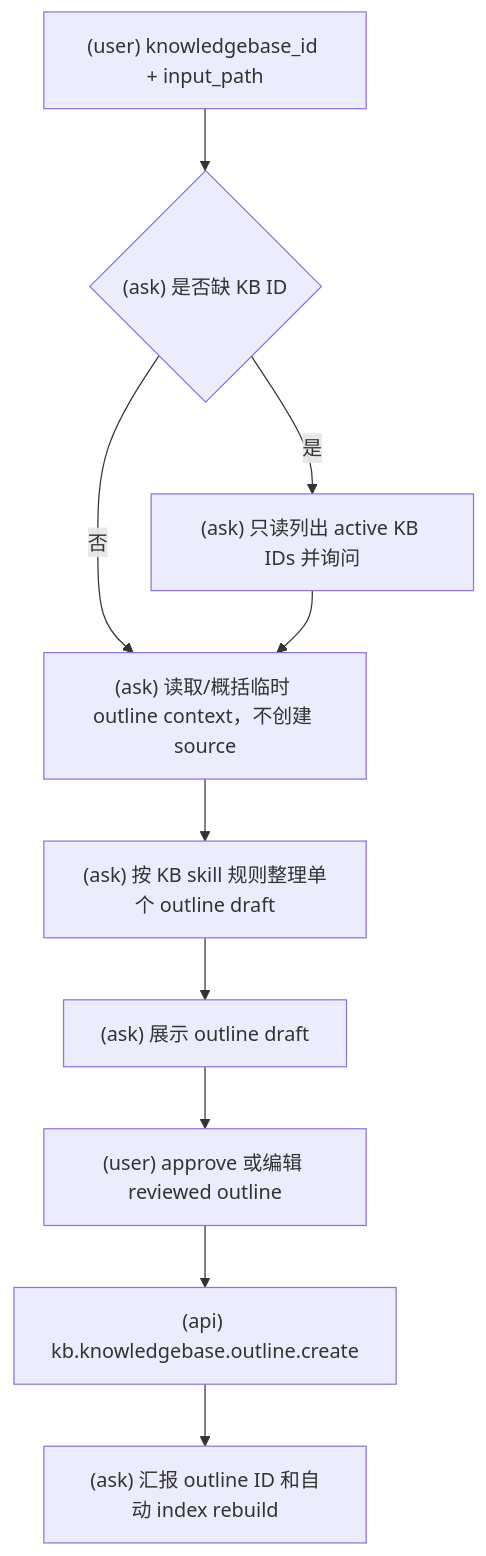
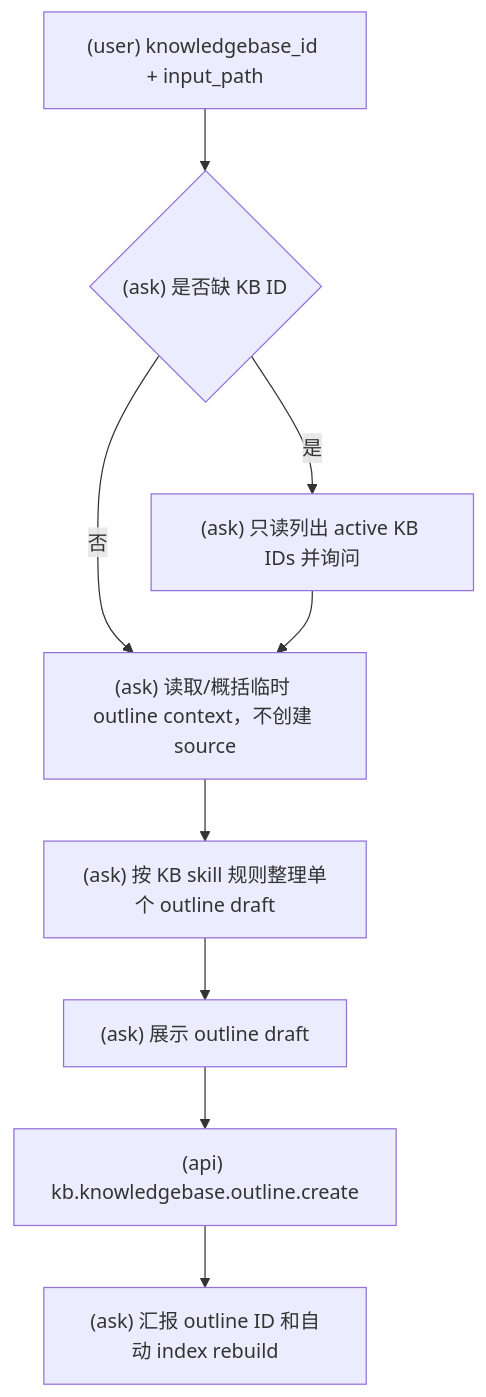
The fourth of 6 diagrams in skills/kbm-kb/SKILL.md (srangerme/KBManager), drawn with Mermaid before and after one commit. The commit also changed other lines of this file and 48 other files, not shown here.

````diff
--- a/skills/kbm-kb/SKILL.md
+++ b/skills/kbm-kb/SKILL.md
@@ -106,12 +108,11 @@
 ```mermaid
 flowchart TD
   A["(user) knowledgebase_id + input_path"] --> B{"(ask) 是否缺 KB ID"}
   B -- 是 --> C["(ask) 只读列出 active KB IDs 并询问"]
   B -- 否 --> D["(ask) 读取/概括临时 outline context，不创建 source"]
   C --> D
   D --> E["(ask) 按 KB skill 规则整理单个 outline draft"]
   E --> F["(ask) 展示 outline draft"]
-  F --> G["(user) approve 或编辑 reviewed outline"]
-  G --> H["(api) kb.knowledgebase.outline.create"]
-  H --> I["(ask) 汇报 outline ID 和自动 index rebuild"]
+  F --> G["(api) kb.knowledgebase.outline.create"]
+  G --> I["(ask) 汇报 outline ID 和自动 index rebuild"]
 ```
````
